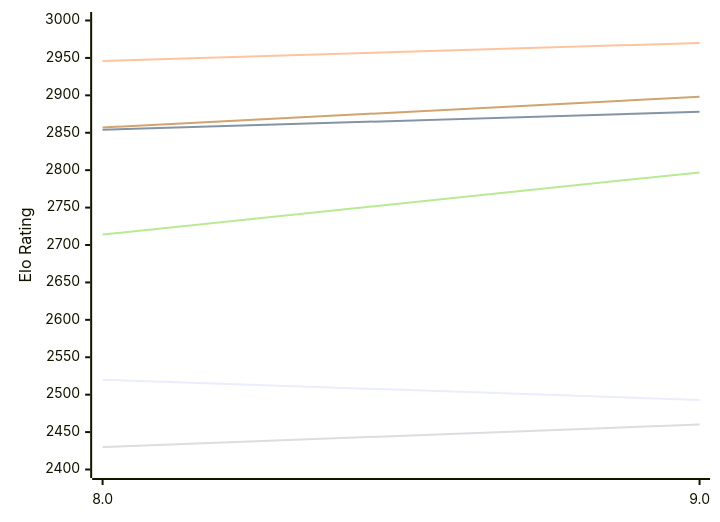
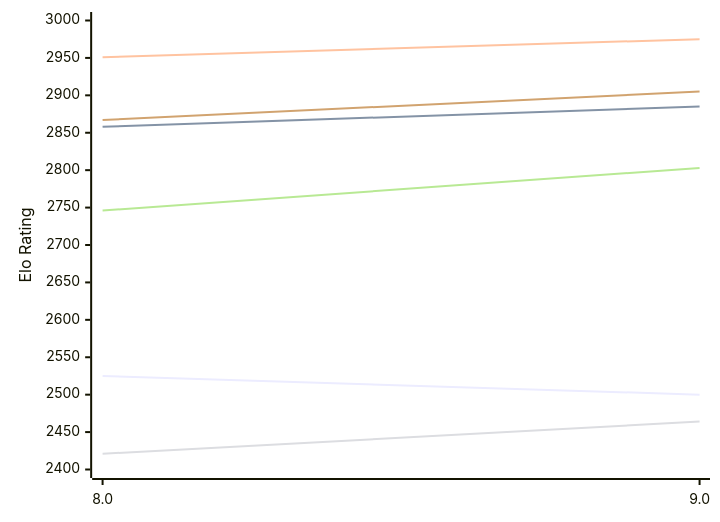
Before and after one commit to computer-chess-index/cci: the first of 2 diagrams in engines/4kc.md, drawn with Mermaid. The commit also changed other lines of this file, not shown here.

Commit message:
Update CCI Ratings (ELO VLTC) - 2026-11-20

````diff
--- a/engines/4kc.md
+++ b/engines/4kc.md
@@ -51,12 +51,12 @@
 ```mermaid
 %%{init: {"theme":"base","themeVariables":{"seriesColors:['#a3a3a3','#222221','#faa371']}}}%%
 xychart-beta
   x-axis ["8.0", "9.0"]
   y-axis "Elo Rating" 2400 --> 3000
-  line "E1: STC (8.0+0.08s)" [2520, 2493]
-  line "E1: LTC (60.0+0.60s)" [2854, 2878]
-  line "E1: VLTC (2m24s+1.12s)" [2946, 2970]
-  line "P1: STC (8.0+0.08s)" [2430, 2460]
-  line "P1: LTC (60.0+0.60s)" [2714, 2797]
-  line "P1: VLTC (2m24s+1.12s)" [2857, 2898]
+  line "E1: STC (8.0+0.08s)" [2525, 2500]
+  line "E1: LTC (60.0+0.60s)" [2858, 2885]
+  line "E1: VLTC (2m24s+1.12s)" [2951, 2975]
+  line "P1: STC (8.0+0.08s)" [2421, 2464]
+  line "P1: LTC (60.0+0.60s)" [2746, 2803]
+  line "P1: VLTC (2m24s+1.12s)" [2867, 2905]
 ```
````
